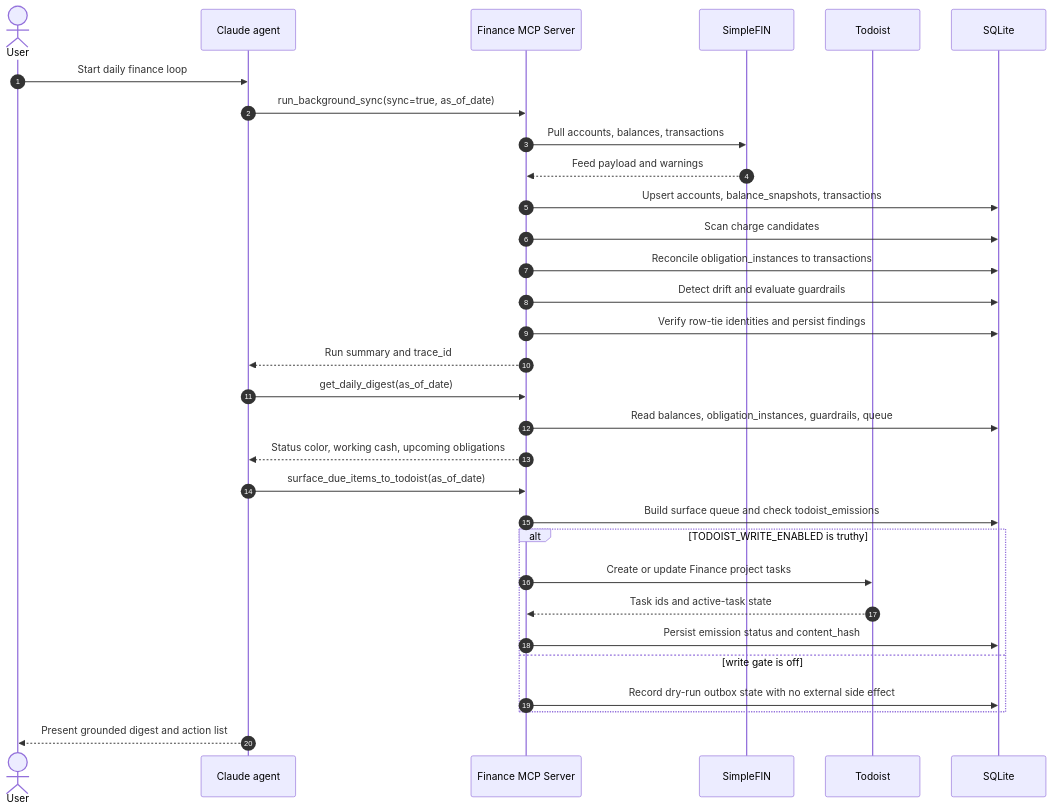
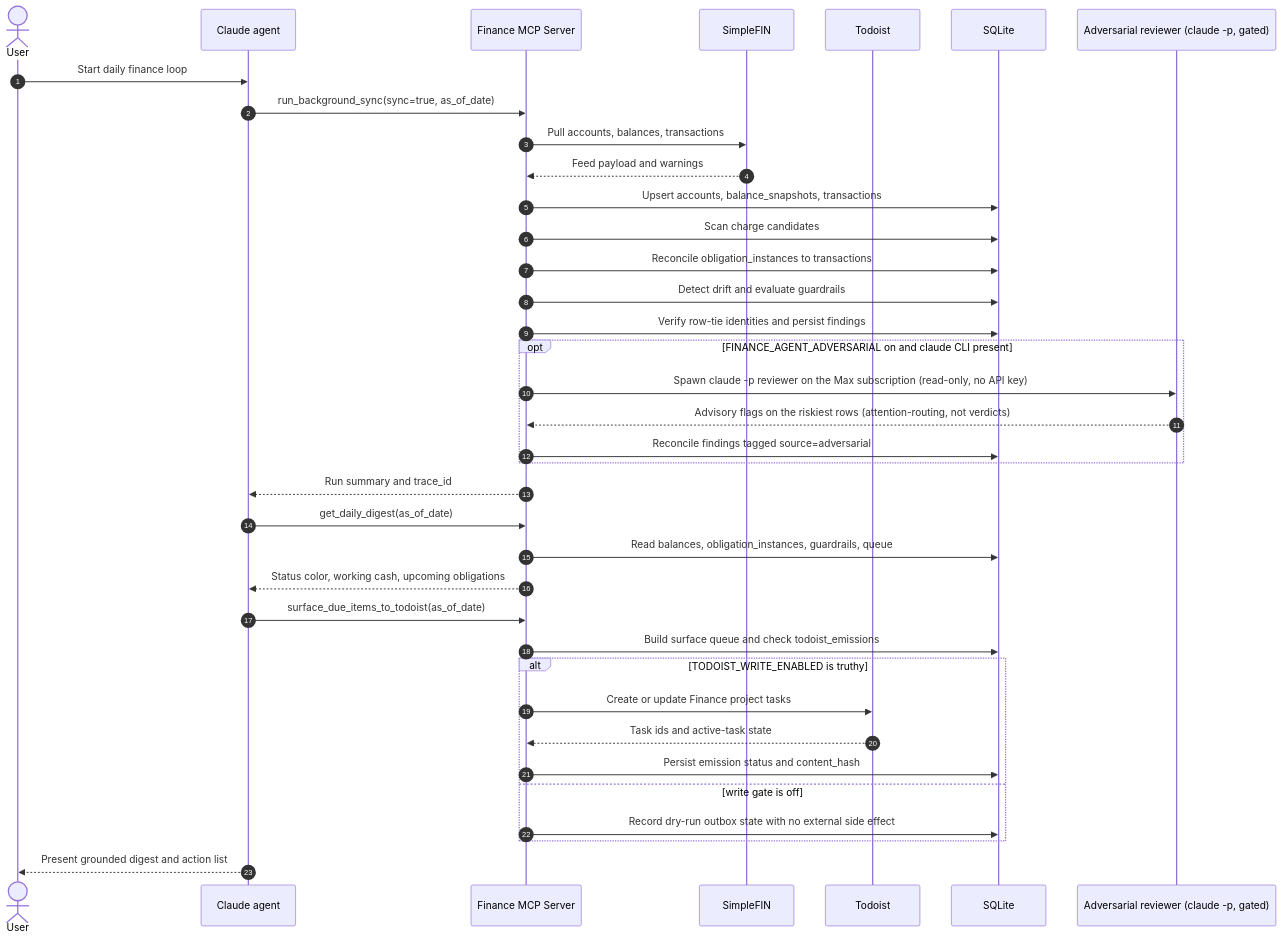
One commit to albeorla/personal-finance-agent changed the third of 11 diagrams in docs/diagrams.md. Above: the diagram before and after it, drawn with Mermaid. The commit also changed other lines of this file and 11 other files, not shown here.

````diff
--- a/docs/diagrams.md
+++ b/docs/diagrams.md
@@ -64,37 +65,43 @@
 ```mermaid
 sequenceDiagram
     autonumber
     actor User
     participant Agent as Claude agent
     participant MCP as Finance MCP Server
     participant SF as SimpleFIN
     participant TD as Todoist
     participant DB as SQLite
+    participant Claude as Adversarial reviewer (claude -p, gated)
 
     User->>Agent: Start daily finance loop
     Agent->>MCP: run_background_sync(sync=true, as_of_date)
     MCP->>SF: Pull accounts, balances, transactions
     SF-->>MCP: Feed payload and warnings
     MCP->>DB: Upsert accounts, balance_snapshots, transactions
     MCP->>DB: Scan charge candidates
     MCP->>DB: Reconcile obligation_instances to transactions
     MCP->>DB: Detect drift and evaluate guardrails
     MCP->>DB: Verify row-tie identities and persist findings
+    opt FINANCE_AGENT_ADVERSARIAL on and claude CLI present
+        MCP->>Claude: Spawn claude -p reviewer on the Max subscription (read-only, no API key)
+        Claude-->>MCP: Advisory flags on the riskiest rows (attention-routing, not verdicts)
+        MCP->>DB: Reconcile findings tagged source=adversarial
+    end
     MCP-->>Agent: Run summary and trace_id
 
     Agent->>MCP: get_daily_digest(as_of_date)
     MCP->>DB: Read balances, obligation_instances, guardrails, queue
     MCP-->>Agent: Status color, working cash, upcoming obligations
 
     Agent->>MCP: surface_due_items_to_todoist(as_of_date)
     MCP->>DB: Build surface queue and check todoist_emissions
     alt TODOIST_WRITE_ENABLED is truthy
         MCP->>TD: Create or update Finance project tasks
         TD-->>MCP: Task ids and active-task state
         MCP->>DB: Persist emission status and content_hash
     else write gate is off
         MCP->>DB: Record dry-run outbox state with no external side effect
     end
 
     Agent-->>User: Present grounded digest and action list
 ```
````
